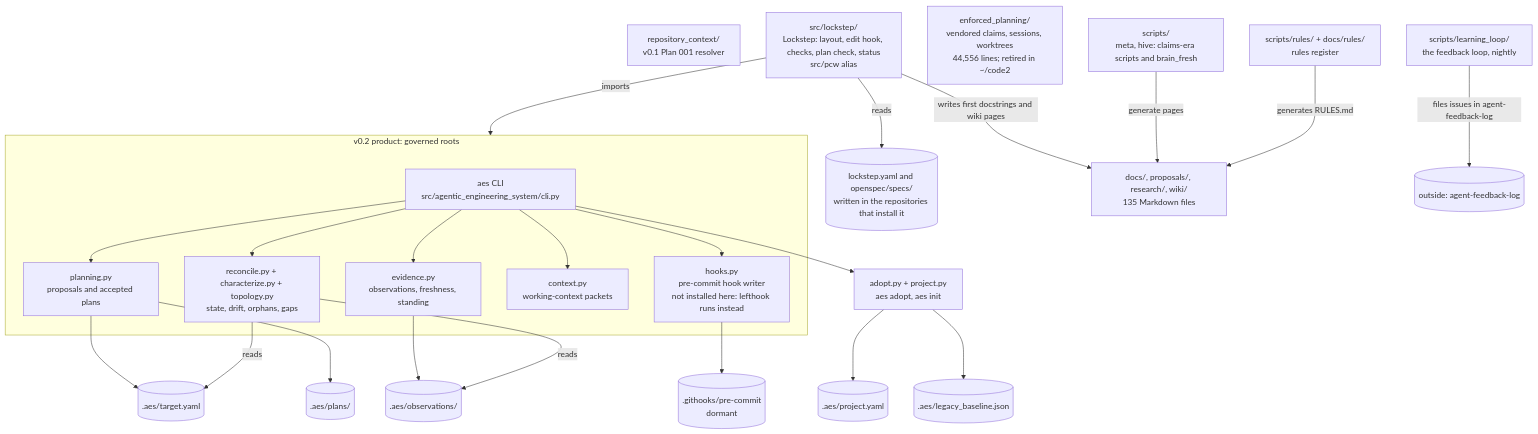
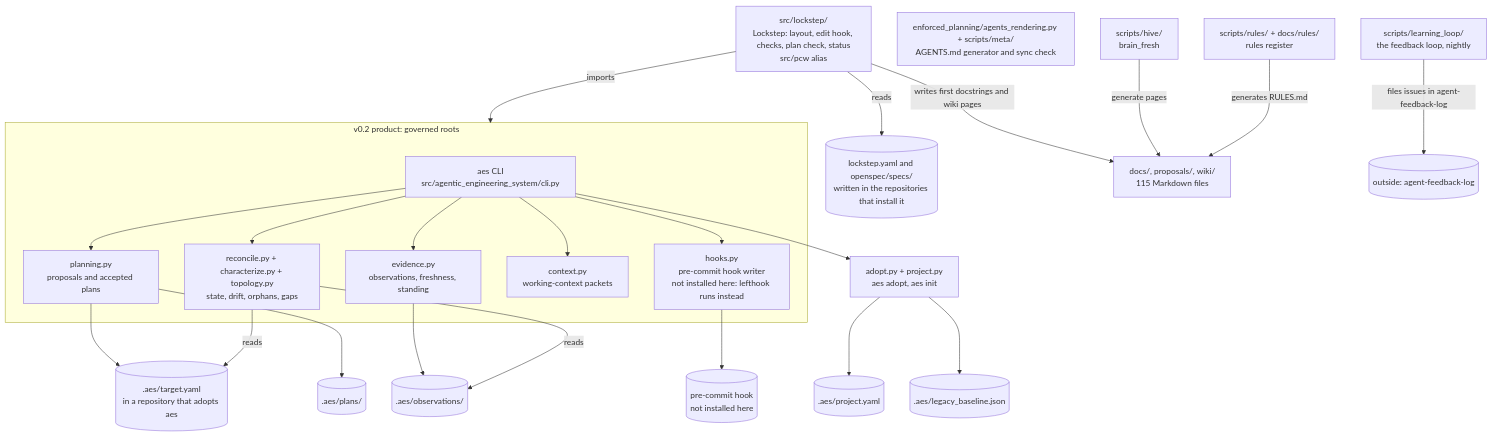
One commit to BrianMills2718/agentic-engineering-system-canonical changed the second of 2 diagrams in docs/planning/SYSTEM_MODEL.md. Above: the diagram before and after it, drawn with Mermaid. The commit also changed other lines of this file and 13 other files, not shown here.

First line of the commit message:
Planning package: drop retired units, concepts and citations; close Q4 Q5 Q6 Q10 Q15 Q16

````diff
--- a/docs/planning/SYSTEM_MODEL.md
+++ b/docs/planning/SYSTEM_MODEL.md
@@ -60,42 +60,41 @@
 ```mermaid
 flowchart TB
   subgraph v02[v0.2 product: governed roots]
     cli[aes CLI<br/>src/agentic_engineering_system/cli.py]
     plan[planning.py<br/>proposals and accepted plans]
     ev[evidence.py<br/>observations, freshness, standing]
     rec[reconcile.py + characterize.py + topology.py<br/>state, drift, orphans, gaps]
     ctx[context.py<br/>working-context packets]
     hk[hooks.py<br/>pre-commit hook writer<br/>not installed here: lefthook runs instead]
   end
-  v01[repository_context/<br/>v0.1 Plan 001 resolver]
   ls[src/lockstep/<br/>Lockstep: layout, edit hook, checks, plan check, status<br/>src/pcw alias]
   lsy[(lockstep.yaml and openspec/specs/<br/>written in the repositories that install it)]
-  ep[enforced_planning/<br/>vendored claims, sessions, worktrees<br/>44,556 lines; retired in ~/code2]
+  ag[enforced_planning/agents_rendering.py + scripts/meta/<br/>AGENTS.md generator and sync check]
   ll[scripts/learning_loop/<br/>the feedback loop, nightly]
   rr[scripts/rules/ + docs/rules/<br/>rules register]
-  scr[scripts/<br/>meta, hive: claims-era scripts and brain_fresh]
-  docs[docs/, proposals/, research/, wiki/<br/>135 Markdown files]
-  t[(.aes/target.yaml)]
+  scr[scripts/hive/<br/>brain_fresh]
+  docs[docs/, proposals/, wiki/<br/>115 Markdown files]
+  t[(.aes/target.yaml<br/>in a repository that adopts aes)]
   o[(.aes/observations/)]
   p[(.aes/plans/)]
-  g[(.githooks/pre-commit<br/>dormant)]
+  g[(pre-commit hook<br/>not installed here)]
   pj[(.aes/project.yaml)]
   lb[(.aes/legacy_baseline.json)]
   ad[adopt.py + project.py<br/>aes adopt, aes init]
   cli --> plan --> t
   plan --> p
   cli --> ev --> o
   cli --> rec
   rec -->|reads| t
   rec -->|reads| o
   cli --> ctx
   cli --> hk --> g
   cli --> ad --> pj
   ad --> lb
   ls -->|reads| lsy
   ls -->|imports| v02
   ls -->|writes first docstrings and wiki pages| docs
   scr -->|generate pages| docs
   rr -->|generates RULES.md| docs
   ll -->|files issues in agent-feedback-log| out[(outside: agent-feedback-log)]
 ```
````
